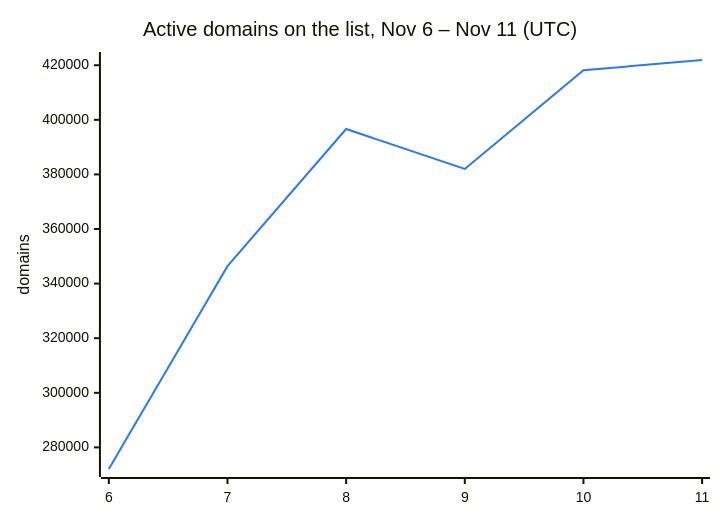
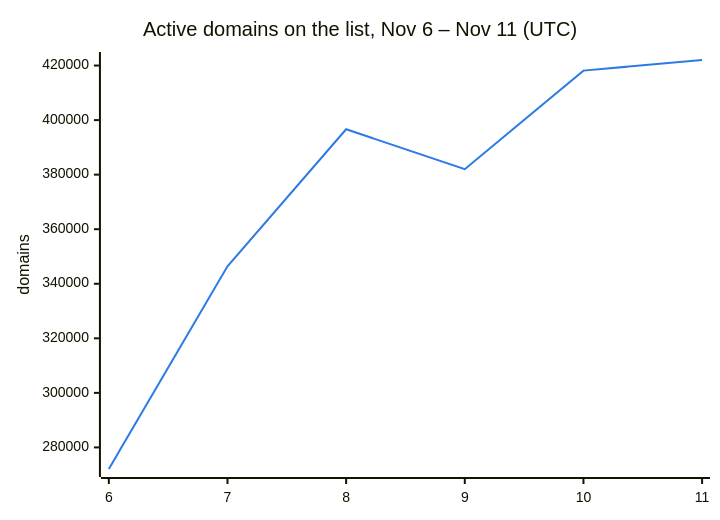
The second of 3 diagrams in README.md (DNSBunker/CTI), drawn with Mermaid before and after one commit. The commit also changed other lines of this file and 3 other files, not shown here.

````diff
--- a/README.md
+++ b/README.md
@@ -38,8 +38,8 @@
 ```mermaid
 %%{init: {"themeVariables": {"xyChart": {"plotColorPalette": "#2c7be5"}}}}%%
 xychart-beta
     title "Active domains on the list, Nov 6 – Nov 11 (UTC)"
     x-axis ["6", "7", "8", "9", "10", "11"]
     y-axis "domains"
-    line [272088, 346388, 396638, 382009, 418143, 421915]
+    line [272088, 346388, 396638, 382009, 418143, 422032]
 ```
````
